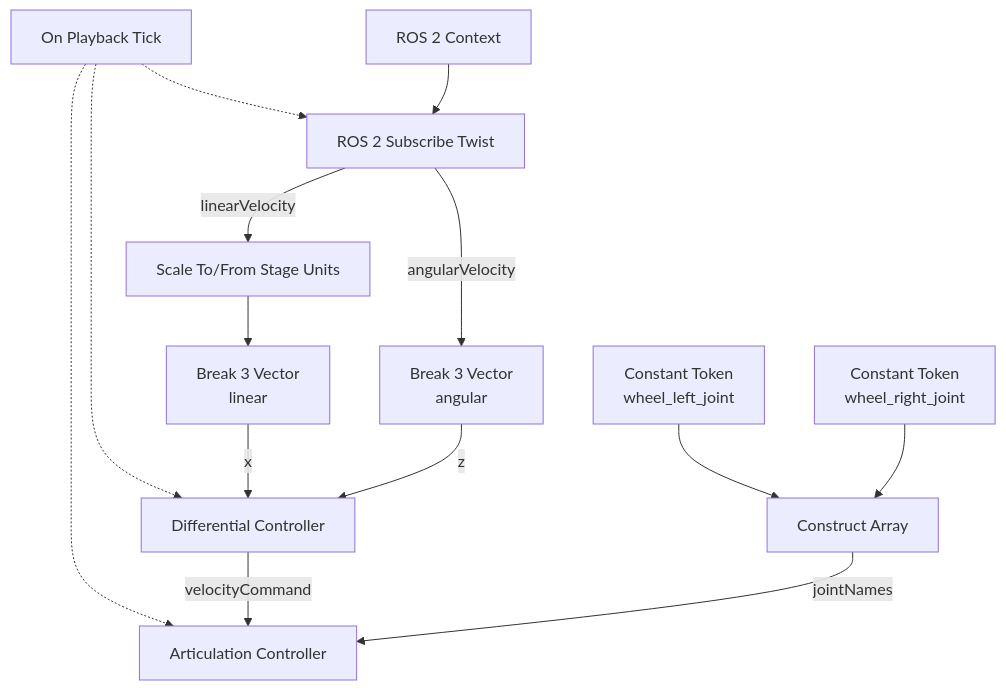
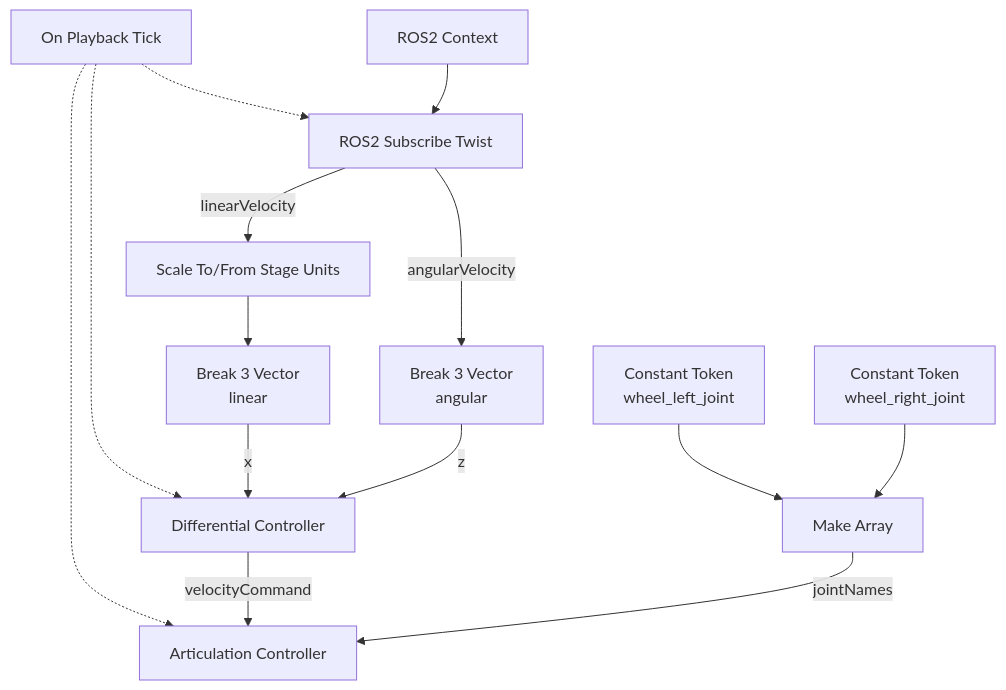
One commit to Tatwik19/Tatwik19.github.io changed the seventh of 14 diagrams in _teaching/Robotics-Systems-I/labs/lab-03-isaac-sim/index.md. Above: the diagram before and after it, drawn with Mermaid. The commit also changed other lines of this file, not shown here.

````diff
--- a/_teaching/Robotics-Systems-I/labs/lab-03-isaac-sim/index.md
+++ b/_teaching/Robotics-Systems-I/labs/lab-03-isaac-sim/index.md
@@ -1439,32 +1456,32 @@
 ```mermaid
 flowchart TD
     Tick["On Playback Tick"]
 
-    Context["ROS 2 Context"]
-    Twist["ROS 2 Subscribe Twist"]
+    Context["ROS2 Context"]
+    Twist["ROS2 Subscribe Twist"]
     Scale["Scale To/From Stage Units"]
     LinearBreak["Break 3 Vector<br/>linear"]
     AngularBreak["Break 3 Vector<br/>angular"]
     Diff["Differential Controller"]
     Left["Constant Token<br/>wheel_left_joint"]
     Right["Constant Token<br/>wheel_right_joint"]
-    Array["Construct Array"]
+    Array["Make Array"]
     Art["Articulation Controller"]
 
     Tick -.-> Twist
     Tick -.-> Diff
     Tick -.-> Art
     Context --> Twist
 
     Twist -->|"linearVelocity"| Scale
     Scale --> LinearBreak
     LinearBreak -->|"x"| Diff
 
     Twist -->|"angularVelocity"| AngularBreak
     AngularBreak -->|"z"| Diff
 
     Diff -->|"velocityCommand"| Art
     Left --> Array
     Right --> Array
     Array -->|"jointNames"| Art
 ```
````
